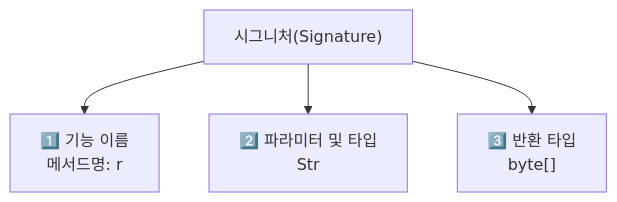
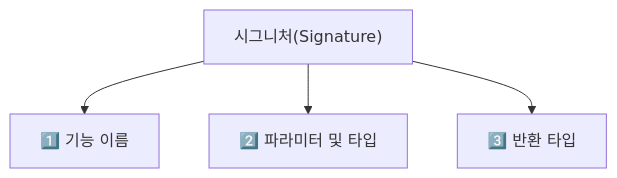
One commit to yjkim2015/yjkim2015.github.io changed the second of 8 diagrams in _posts/java/2021-10-09-java-objects1.md. Above: the diagram before and after it, drawn with Mermaid. The commit also changed other lines of this file and 217 other files, not shown here.

First line of the commit message:
Mermaid 크기 수정: useMaxWidth:true + SVG max-width:100% + 라벨 축소

````diff
--- a/_posts/java/2021-10-09-java-objects1.md
+++ b/_posts/java/2021-10-09-java-objects1.md
@@ -55,6 +55,6 @@
 ```mermaid
 graph TD
-    A["시그니처(Signature)"] --> B["1️⃣ 기능 이름\n메서드명: r"]
-    A --> C["2️⃣ 파라미터 및 타입\nStr"]
-    A --> D["3️⃣ 반환 타입\nbyte[]"]
+    A["시그니처(Signature)"] --> B["1️⃣ 기능 이름"]
+    A --> C["2️⃣ 파라미터 및 타입"]
+    A --> D["3️⃣ 반환 타입"]
 ```
````
